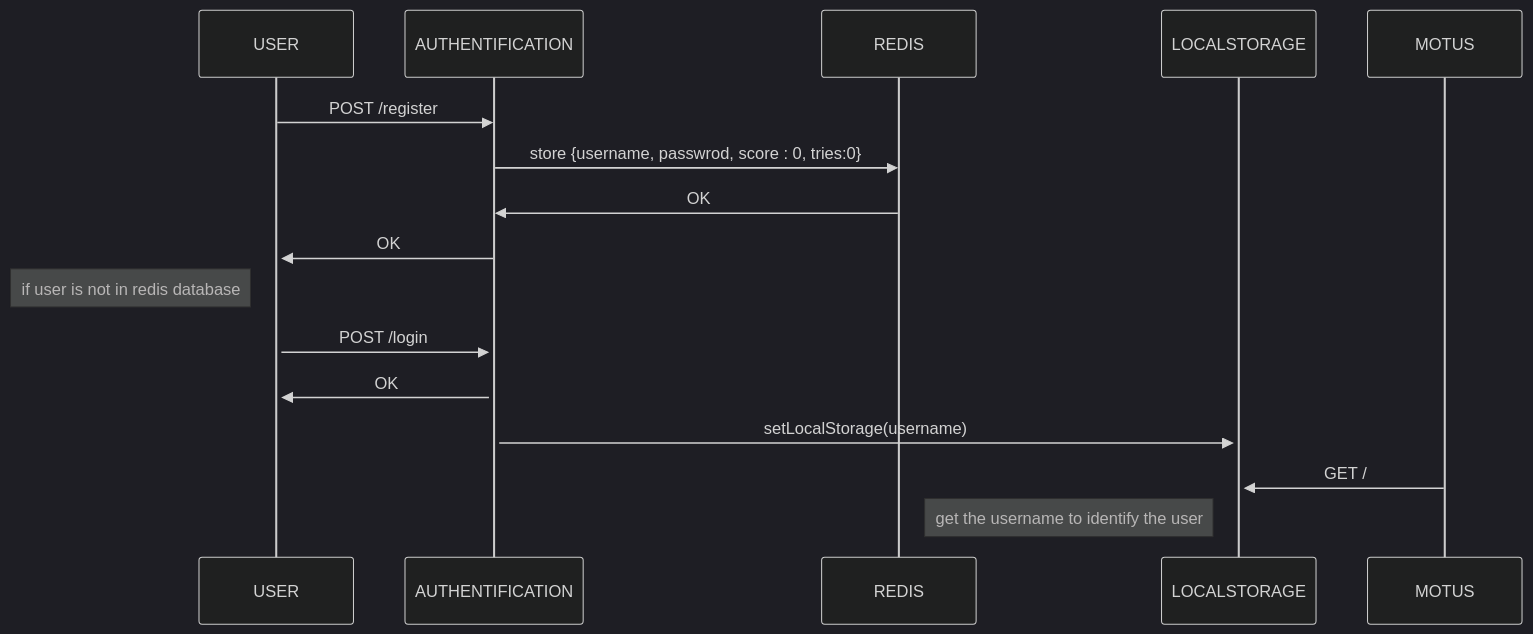
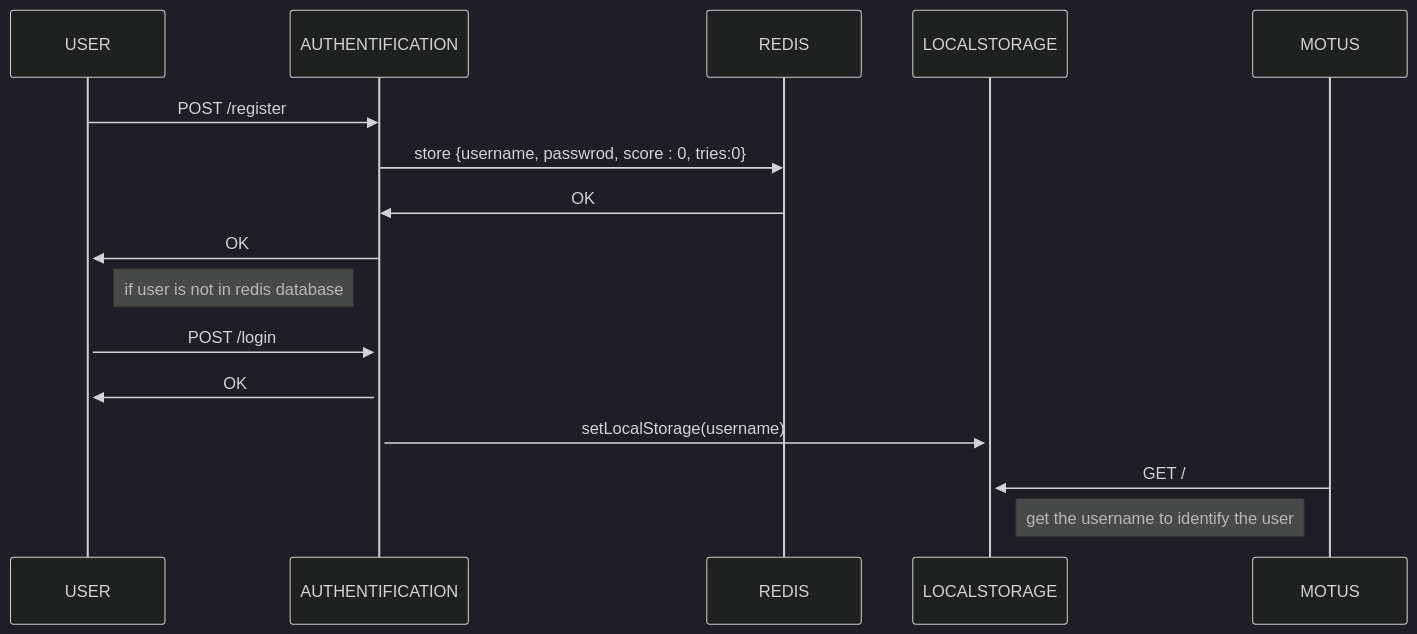
The first of 3 diagrams in README.md (essadany/motus), drawn with Mermaid (dark theme) before and after one commit.

````diff
--- a/README.md
+++ b/README.md
@@ -2,13 +2,13 @@
 ```mermaid
 sequenceDiagram
     USER->>AUTHENTIFICATION:POST /register
     AUTHENTIFICATION->>REDIS: store {username, passwrod, score : 0, tries:0}
     REDIS->>AUTHENTIFICATION:OK
     AUTHENTIFICATION->>+USER:OK
-    note left of USER : if user is not in redis database
+    note right of USER : if user is not in redis database
     USER->>+AUTHENTIFICATION: POST /login
     AUTHENTIFICATION->>USER:OK
     AUTHENTIFICATION->>+LOCALSTORAGE : setLocalStorage(username)
     MOTUS->>+LOCALSTORAGE : GET /
-    note left of LOCALSTORAGE : get the username to identify the user
+    note right of LOCALSTORAGE : get the username to identify the user
 ```
````
